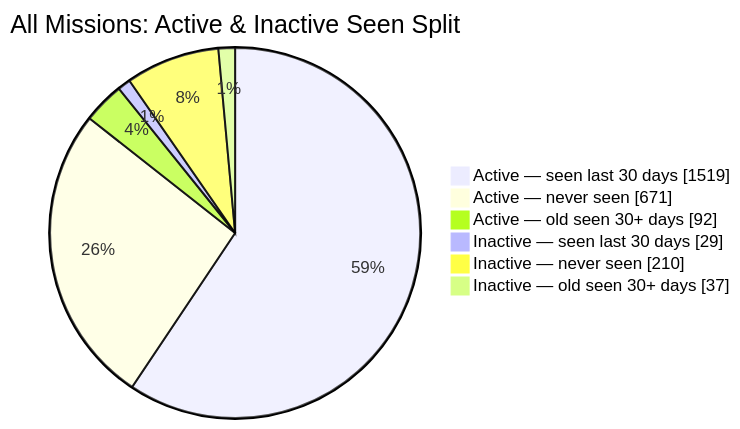
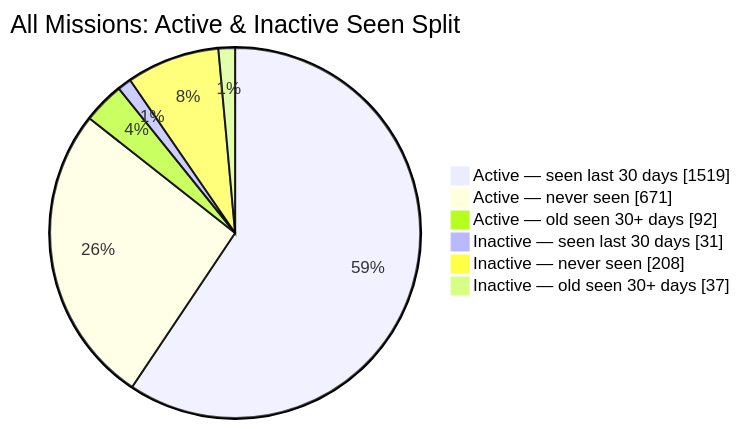
Before and after one commit to MeldkamerspelGameTeam/active-missions: the second of 2 diagrams in README.md, drawn with Mermaid. The commit also changed other lines of this file and 3 other files, not shown here.

````diff
--- a/README.md
+++ b/README.md
@@ -44,10 +44,10 @@
 ```mermaid
 pie showData
     title All Missions: Active & Inactive Seen Split
     "Active — seen last 30 days" : 1519
     "Active — never seen" : 671
     "Active — old seen 30+ days" : 92
-    "Inactive — seen last 30 days" : 29
-    "Inactive — never seen" : 210
+    "Inactive — seen last 30 days" : 31
+    "Inactive — never seen" : 208
     "Inactive — old seen 30+ days" : 37
 ```
````
